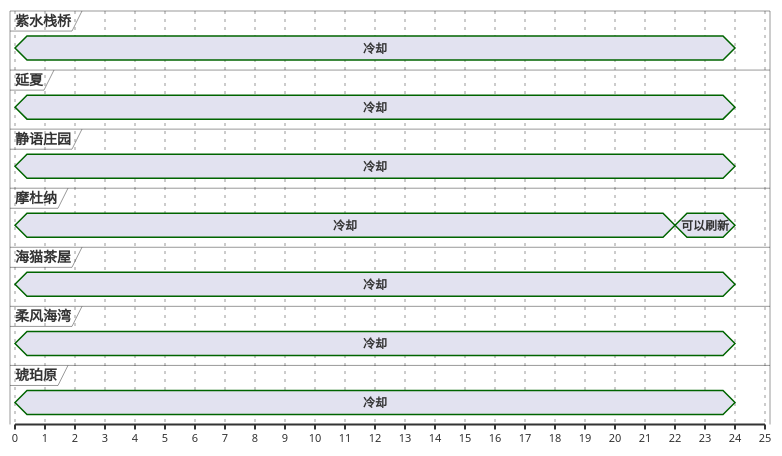
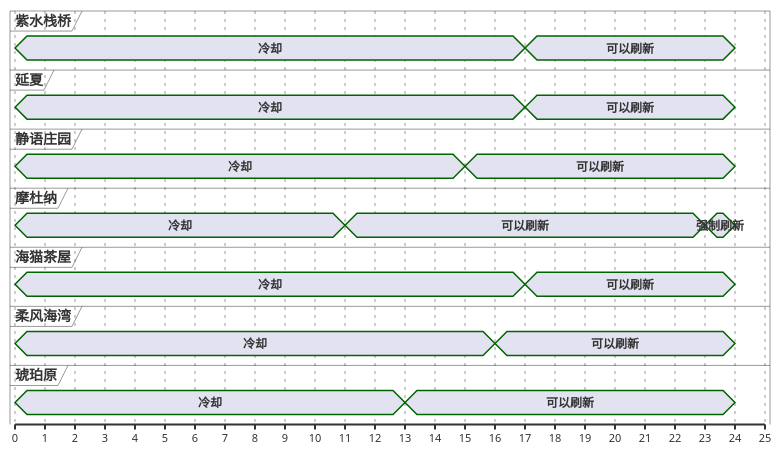
The third of 13 diagrams in ffxiv/hunt/2.0/Lampalagua.md (Eroleice/doc-pi), drawn with PlantUML before and after one commit. The commit also changed other lines of this file and 38 other files, not shown here.

````diff
--- a/ffxiv/hunt/2.0/Lampalagua.md
+++ b/ffxiv/hunt/2.0/Lampalagua.md
@@ -136,43 +151,50 @@
 ```plantuml
 @startuml
 scale 1 as 30 pixels
 
 concise 紫水栈桥
 concise 延夏
 concise 静语庄园
 concise 摩杜纳
 concise 海猫茶屋
 concise 柔风海湾
 concise 琥珀原
 
 @摩杜纳
 0 is 冷却
-22 is 可以刷新
+11 is 可以刷新
+23 is 强制刷新
 24 is {hidden}
 
 @紫水栈桥
 0 is 冷却
+17 is 可以刷新
 24 is {hidden}
 
 @海猫茶屋
 0 is 冷却
+17 is 可以刷新
 24 is {hidden}
 
 @延夏
 0 is 冷却
+17 is 可以刷新
 24 is {hidden}
 
 @琥珀原
 0 is 冷却
+13 is 可以刷新
 24 is {hidden}
 
 @静语庄园
 0 is 冷却
+15 is 可以刷新
 24 is {hidden}
 
 @柔风海湾
 0 is 冷却
+16 is 可以刷新
 24 is {hidden}
 
 @enduml
 ```
````
